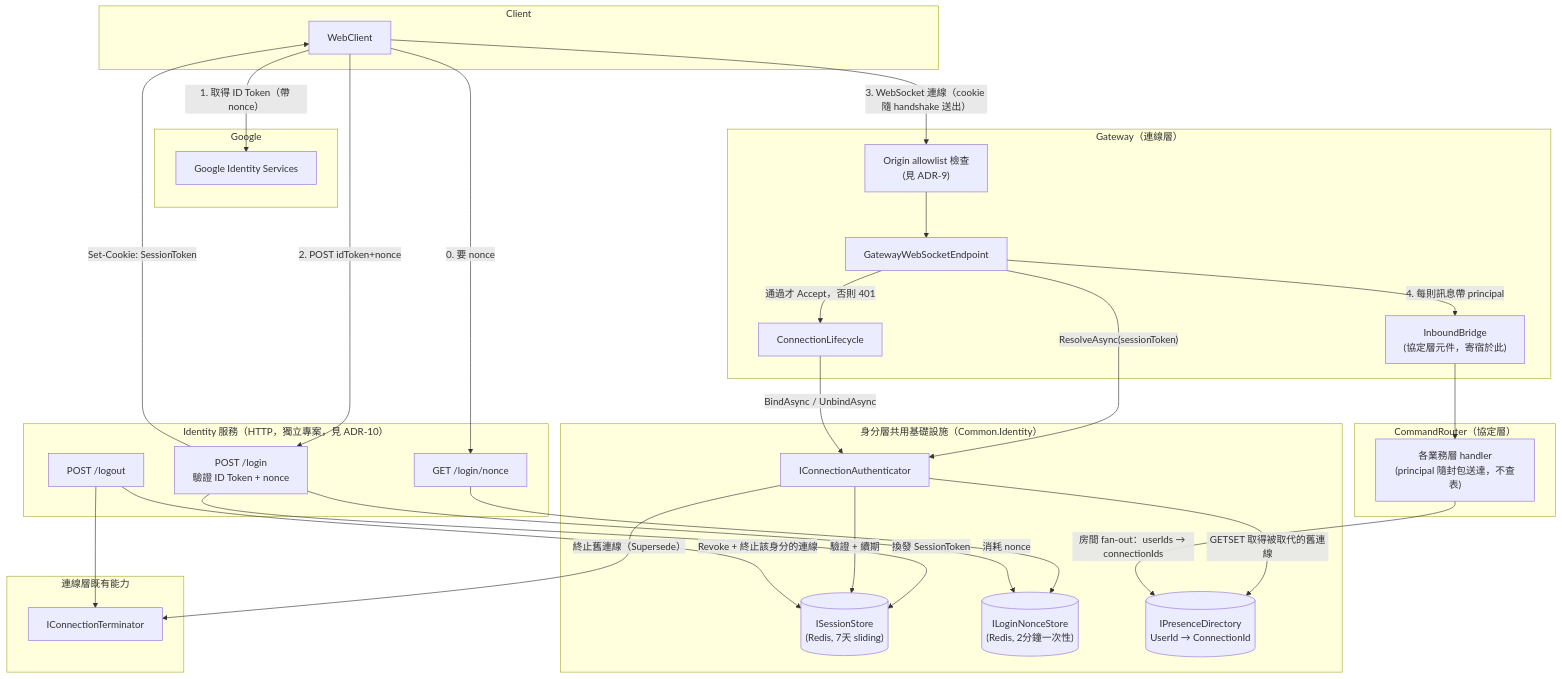
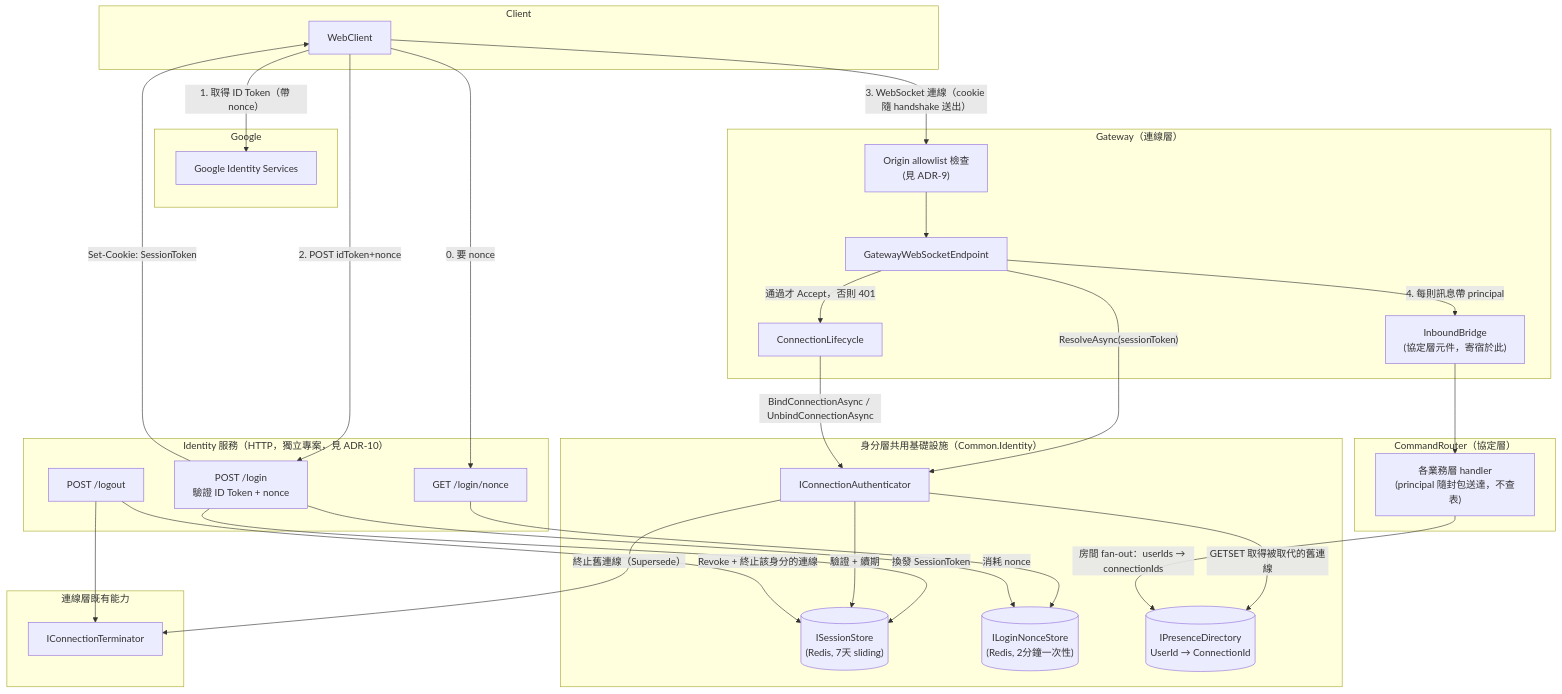
Before and after one commit to yggdrasill-dev/ChatSystem: the first of 5 diagrams in docs/architecture/identity-layer.md, drawn with Mermaid. The commit also changed other lines of this file and 36 other files, not shown here.

````diff
--- a/docs/architecture/identity-layer.md
+++ b/docs/architecture/identity-layer.md
@@ -49,61 +49,61 @@
 ```mermaid
 graph TB
     subgraph Client
         WC[WebClient]
     end
 
     subgraph Google
         G[Google Identity Services]
     end
 
     subgraph "Identity 服務（HTTP，獨立專案，見 ADR-10）"
         NO["GET /login/nonce"]
         LI["POST /login\n驗證 ID Token + nonce"]
         LO["POST /logout"]
     end
 
     subgraph "身分層共用基礎設施（Common.Identity）"
         SS[("ISessionStore\n(Redis, 7天 sliding)")]
         NS[("ILoginNonceStore\n(Redis, 2分鐘一次性)")]
         PD[("IPresenceDirectory\nUserId → ConnectionId")]
         CA["IConnectionAuthenticator"]
     end
 
     subgraph "Gateway（連線層）"
         OR["Origin allowlist 檢查\n(見 ADR-9)"]
         WS[GatewayWebSocketEndpoint]
         CL[ConnectionLifecycle]
         BR["InboundBridge\n(協定層元件，寄宿於此)"]
     end
 
     subgraph "CommandRouter（協定層）"
         H["各業務層 handler\n(principal 隨封包送達，不查表)"]
     end
 
     subgraph "連線層既有能力"
         CT[IConnectionTerminator]
     end
 
     WC -- "1. 取得 ID Token（帶 nonce）" --> G
     WC -- "0. 要 nonce" --> NO
     NO --> NS
     WC -- "2. POST idToken+nonce" --> LI
     LI -- 消耗 nonce --> NS
     LI -- 換發 SessionToken --> SS
     LI -- "Set-Cookie: SessionToken" --> WC
 
     WC -- "3. WebSocket 連線（cookie 隨 handshake 送出）" --> OR
     OR --> WS
     WS -- "ResolveAsync(sessionToken)" --> CA
     CA -- "驗證 + 續期" --> SS
     WS -- "通過才 Accept，否則 401" --> CL
-    CL -- "BindAsync / UnbindAsync" --> CA
+    CL -- "BindConnectionAsync / UnbindConnectionAsync" --> CA
     CA -- "GETSET 取得被取代的舊連線" --> PD
     CA -- "終止舊連線（Supersede）" --> CT
 
     WS -- "4. 每則訊息帶 principal" --> BR
     BR --> H
     LO -- "Revoke + 終止該身分的連線" --> SS
     LO --> CT
     H -- "房間 fan-out：userIds → connectionIds" --> PD
 ```
````
